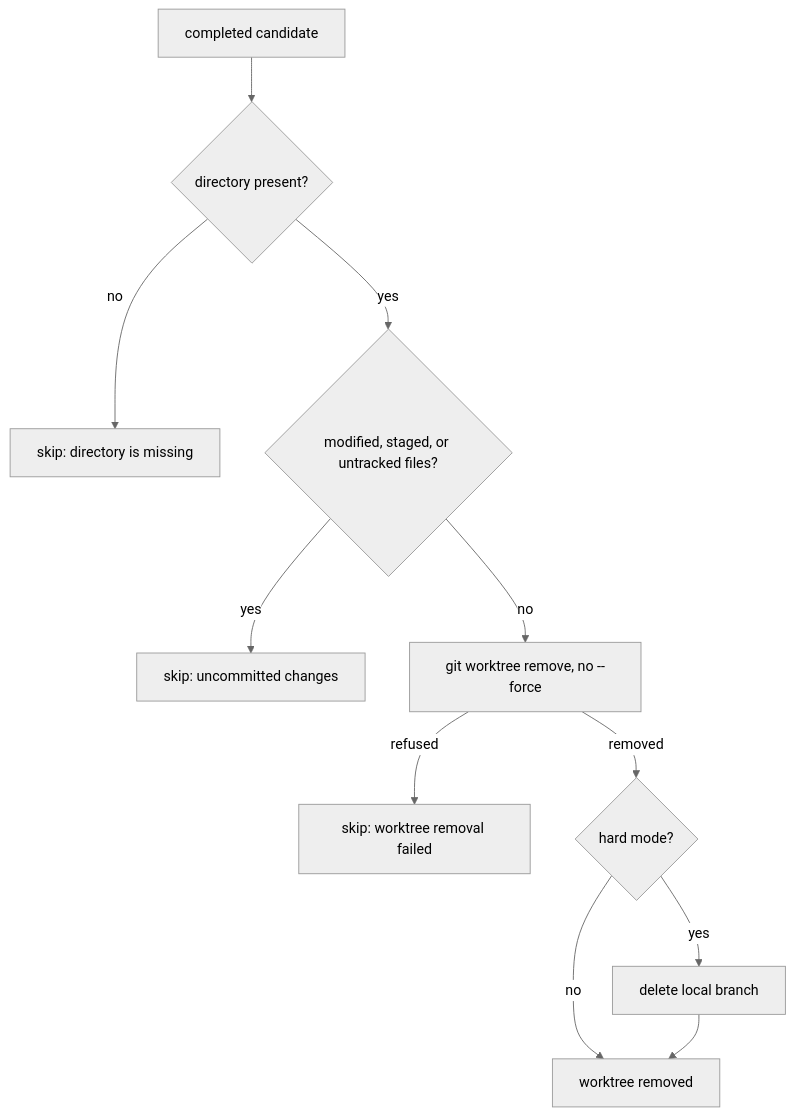
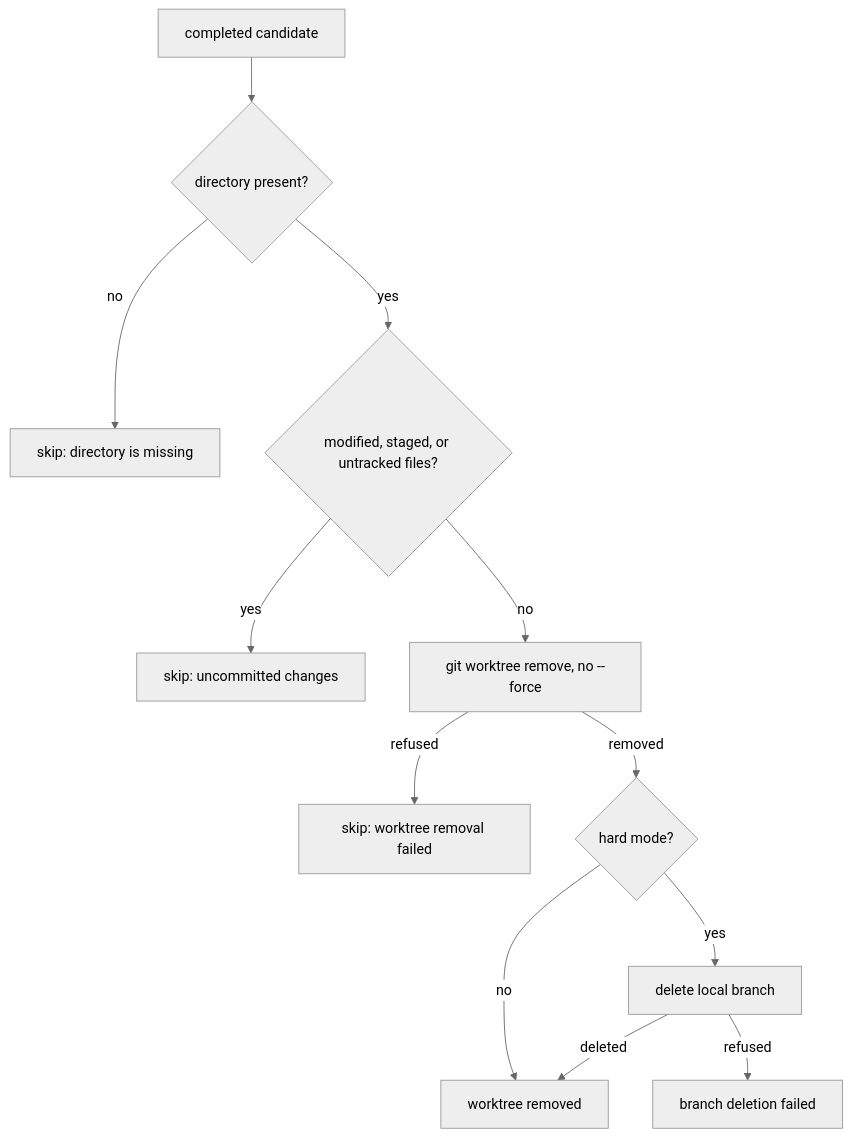
Before and after one commit to leynos/git-donkey: the diagram in docs/plonk-cleanup-policy.md, drawn with Mermaid (neutral theme). The commit also changed other lines of this file and 4 other files, not shown here.

First line of the commit message:
Document the refused branch deletion contract and the module split

````diff
--- a/docs/plonk-cleanup-policy.md
+++ b/docs/plonk-cleanup-policy.md
@@ -7,13 +9,14 @@
 ```mermaid
 flowchart TD
     Start["completed candidate"] --> Present{"directory present?"}
     Present -->|no| SkipMissing["skip: directory is missing"]
     Present -->|yes| Dirty{"modified, staged, or untracked files?"}
     Dirty -->|yes| SkipDirty["skip: uncommitted changes"]
     Dirty -->|no| Remove["git worktree remove, no --force"]
     Remove -->|refused| SkipFailed["skip: worktree removal failed"]
     Remove -->|removed| Mode{"hard mode?"}
     Mode -->|no| Done["worktree removed"]
     Mode -->|yes| Delete["delete local branch"]
-    Delete --> Done
+    Delete -->|deleted| Done
+    Delete -->|refused| ReportFailed["branch deletion failed"]
 ```
````
